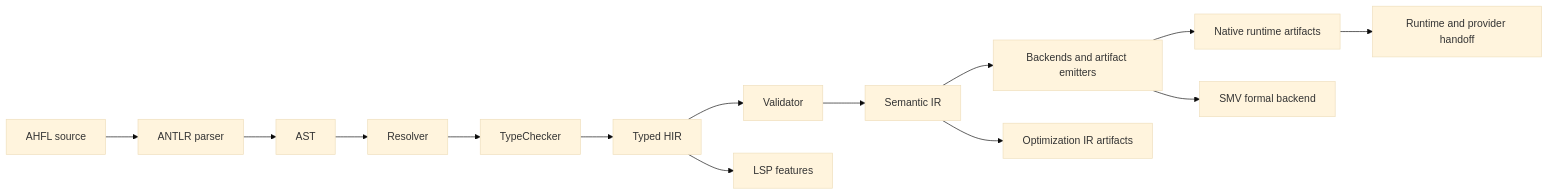
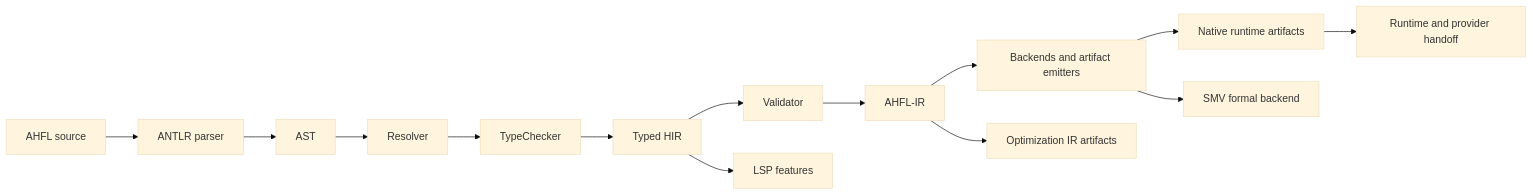
One commit to Zzzode/AHFL changed the diagram in README.md. Above: the diagram before and after it, drawn with Mermaid (base theme). The commit also changed other lines of this file and 1 other file, not shown here.

Commit message:
docs: rename Semantic IR to AHFL-IR in READMEs
Follow-up to 086ac39e — the README files (English and Chinese) still
used the pre-tower name 'Semantic IR' in the pipeline diagram and
backend contract description.

````diff
--- a/README.md
+++ b/README.md
@@ -139,16 +139,16 @@
 ```mermaid
 flowchart LR
     Source[AHFL source] --> Parse[ANTLR parser]
     Parse --> AST[AST]
     AST --> Resolve[Resolver]
     Resolve --> Typecheck[TypeChecker]
     Typecheck --> TypedHIR[Typed HIR]
     TypedHIR --> Validate[Validator]
-    Validate --> IR[Semantic IR]
+    Validate --> IR[AHFL-IR]
     IR --> Backends[Backends and artifact emitters]
     IR --> OptIR[Optimization IR artifacts]
     Backends --> Native[Native runtime artifacts]
     Backends --> Formal[SMV formal backend]
     Native --> Runtime[Runtime and provider handoff]
     TypedHIR --> LSP[LSP features]
 ```
````
